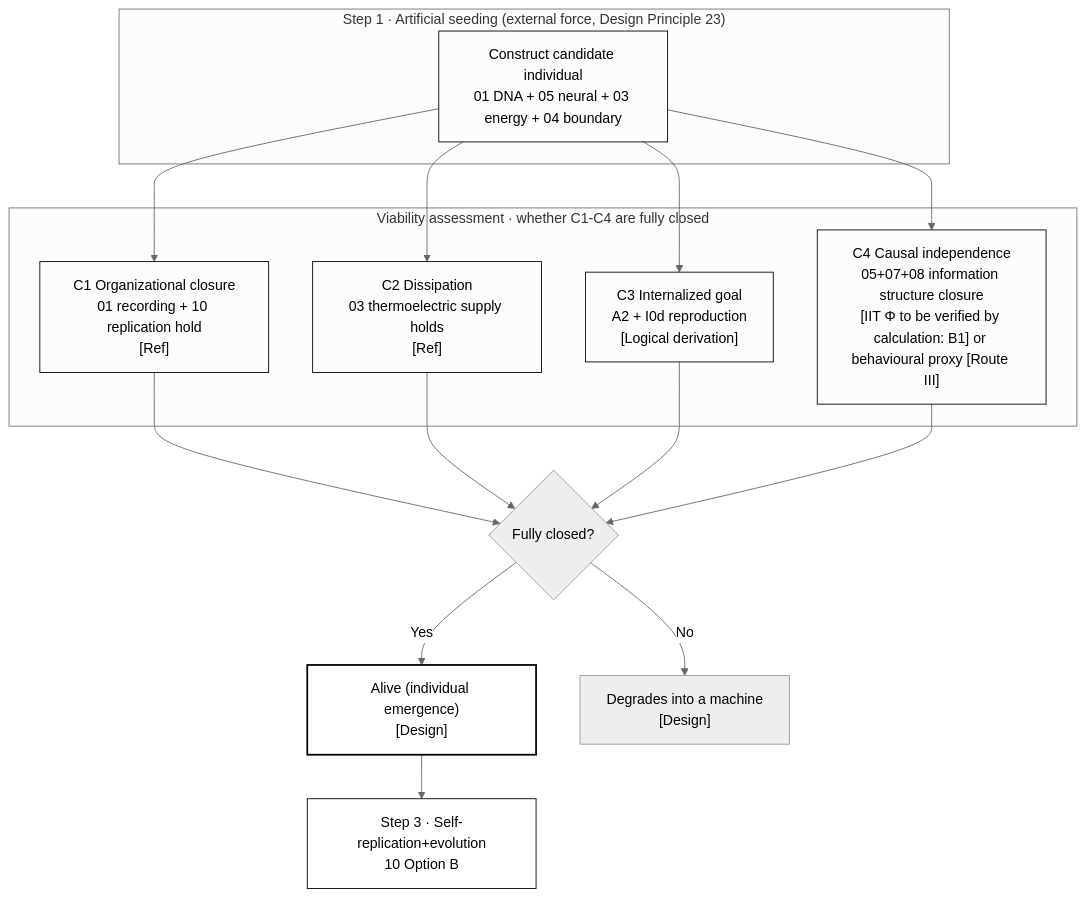
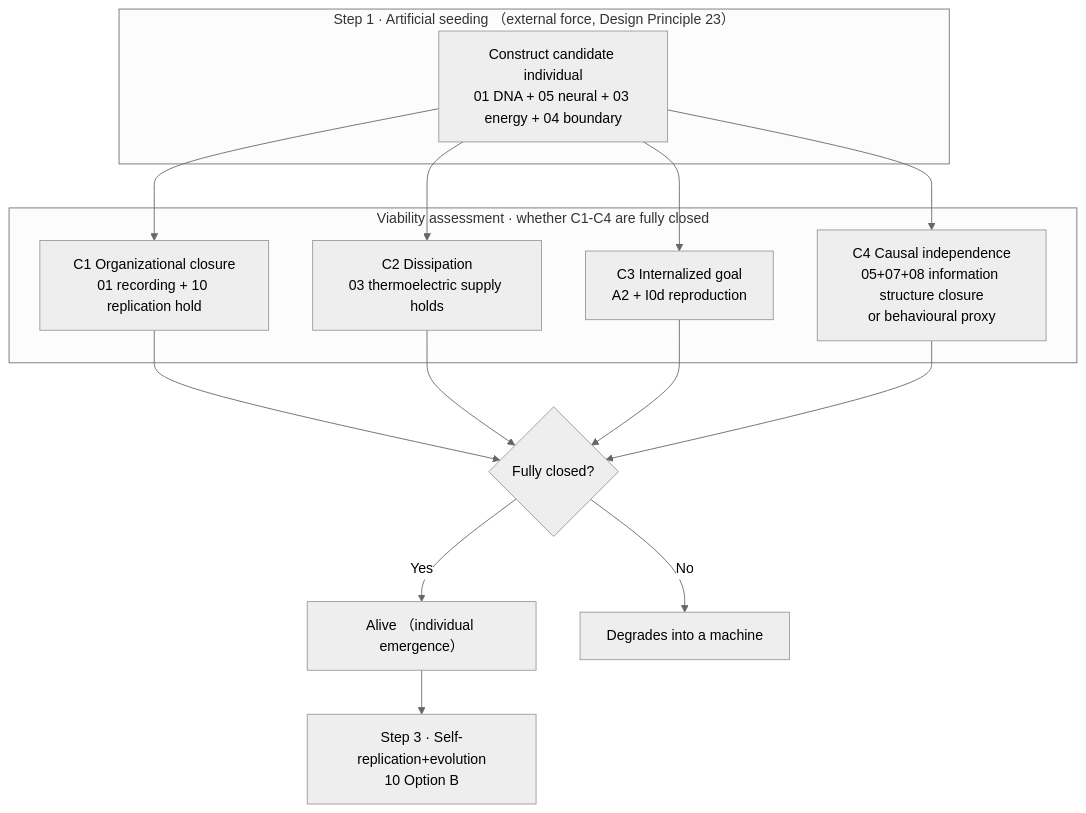
One commit to RichardASimon/Silicon-Biological-Blueprint changed the first of 3 diagrams in en-US/04-Boundary-and-Individuality.md. Above: the diagram before and after it, drawn with Mermaid (neutral theme). The commit also changed other lines of this file and 23 other files, not shown here.

First line of the commit message:
docs: repair all mermaid diagrams and add emergence mechanisms with literature

````diff
--- a/en-US/04-Boundary-and-Individuality.md
+++ b/en-US/04-Boundary-and-Individuality.md
@@ -160,29 +160,20 @@
 ```mermaid
 flowchart TB
-    subgraph SEED["Step 1 · Artificial seeding (external force, Design Principle 23)"]
+    subgraph SEED["Step 1 · Artificial seeding （external force, Design Principle 23）"]
         SD["Construct candidate individual<br/>01 DNA + 05 neural + 03 energy + 04 boundary<br/>"]
     end
-
     subgraph CHECK["Viability assessment · whether C1-C4 are fully closed"]
-        C1["C1 Organizational closure<br/>01 recording + 10 replication hold<br/>[Ref]"]
-        C2["C2 Dissipation<br/>03 thermoelectric supply holds<br/>[Ref]"]
-        C3["C3 Internalized goal<br/>A2 + I0d reproduction<br/>[Logical derivation]"]
-        C4["C4 Causal independence<br/>05+07+08 information structure closure<br/>[IIT Φ to be verified by calculation: B1] or behavioural proxy [Route III]"]
+        C1["C1 Organizational closure<br/>01 recording + 10 replication hold<br/>"]
+        C2["C2 Dissipation<br/>03 thermoelectric supply holds<br/>"]
+        C3["C3 Internalized goal<br/>A2 + I0d reproduction<br/>"]
+        C4["C4 Causal independence<br/>05+07+08 information structure closure<br/>or behavioural proxy"]
     end
-
     SD --> C1
     SD --> C2
     SD --> C3
     SD --> C4
-
     C1 & C2 & C3 & C4 --> V{"Fully closed?"}
-    V -->|Yes| LIVE["Alive (individual emergence)<br/>[Design]"]
-    V -->|No| MACH["Degrades into a machine<br/>[Design]"]
-
+    V -->|Yes| LIVE["Alive （individual emergence）<br/>"]
+    V -->|No| MACH["Degrades into a machine<br/>"]
     LIVE --> REPRO["Step 3 · Self-replication+evolution<br/>10 Option B<br/>"]
-
-    classDef box fill:transparent,stroke:currentColor,color:currentColor
-    classDef ok fill:transparent,stroke:currentColor,stroke-width:2px,color:currentColor
-    class SD,C1,C2,C3,C4,REPRO box
-    class LIVE ok
 ```
````
